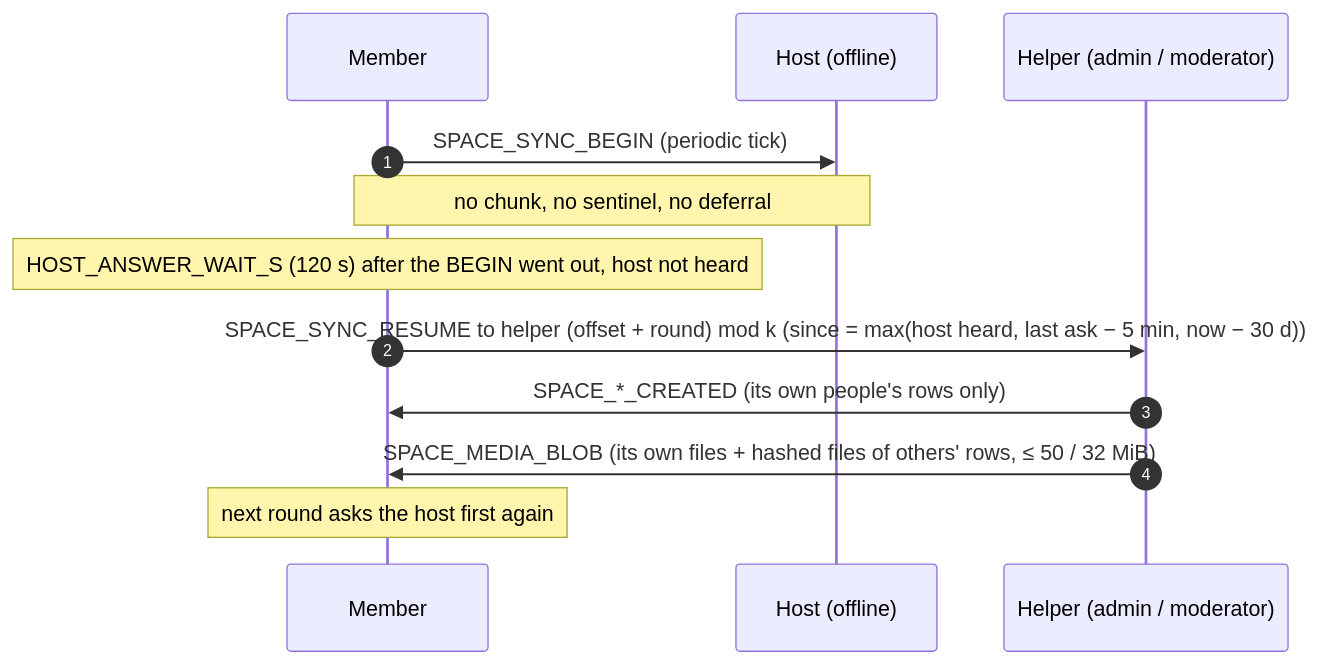
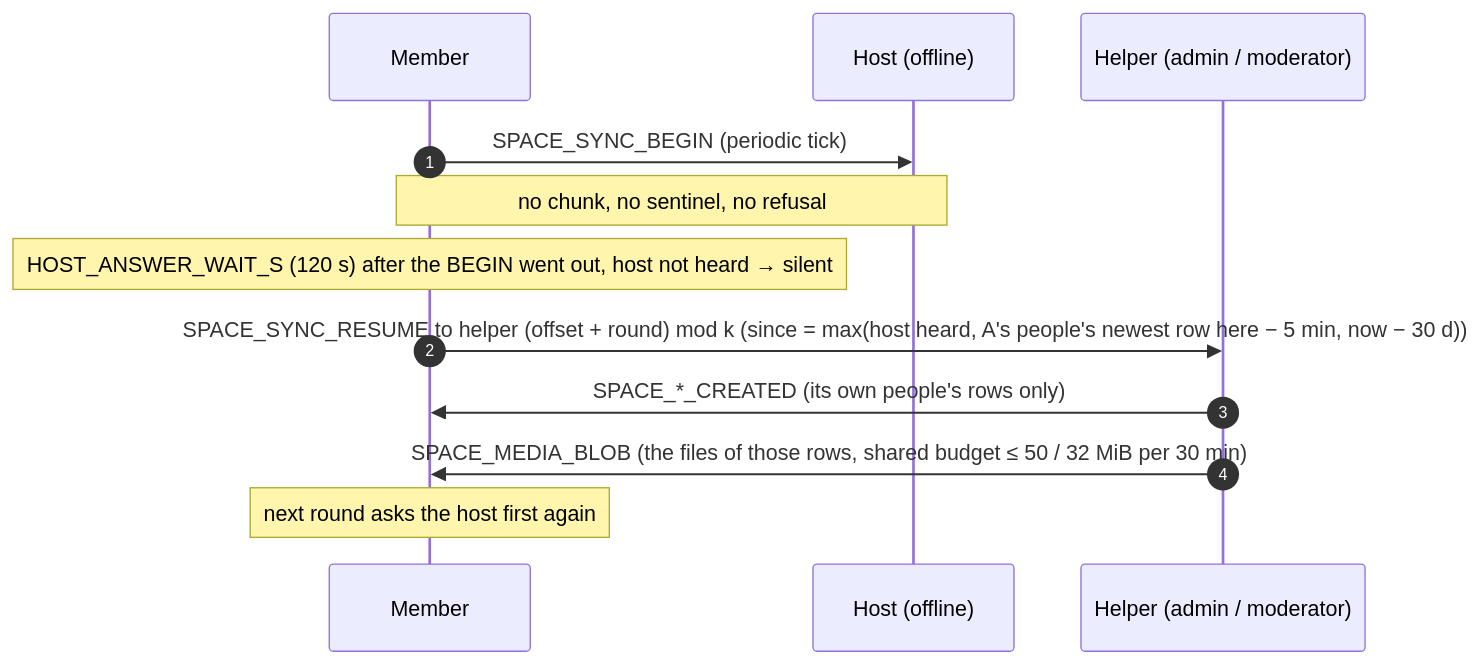
The fourth of 4 diagrams in docs/protocol/sync.md (social-home-io/socialhome), drawn with Mermaid before and after one commit. The commit also changed other lines of this file and 27 other files, not shown here.

````diff
--- a/docs/protocol/sync.md
+++ b/docs/protocol/sync.md
@@ -231,14 +243,14 @@
 ```mermaid
 sequenceDiagram
     autonumber
     participant M as Member
     participant H as Host (offline)
     participant A as Helper (admin / moderator)
     M->>H: SPACE_SYNC_BEGIN (periodic tick)
-    Note over M,H: no chunk, no sentinel, no deferral
-    Note over M: HOST_ANSWER_WAIT_S (120 s) after the BEGIN went out, host not heard
-    M->>A: SPACE_SYNC_RESUME to helper (offset + round) mod k (since = max(host heard, last ask − 5 min, now − 30 d))
+    Note over M,H: no chunk, no sentinel, no refusal
+    Note over M: HOST_ANSWER_WAIT_S (120 s) after the BEGIN went out, host not heard → silent
+    M->>A: SPACE_SYNC_RESUME to helper (offset + round) mod k (since = max(host heard, A's people's newest row here − 5 min, now − 30 d))
     A->>M: SPACE_*_CREATED (its own people's rows only)
-    A->>M: SPACE_MEDIA_BLOB (its own files + hashed files of others' rows, ≤ 50 / 32 MiB)
+    A->>M: SPACE_MEDIA_BLOB (the files of those rows, shared budget ≤ 50 / 32 MiB per 30 min)
     Note over M: next round asks the host first again
 ```
````
